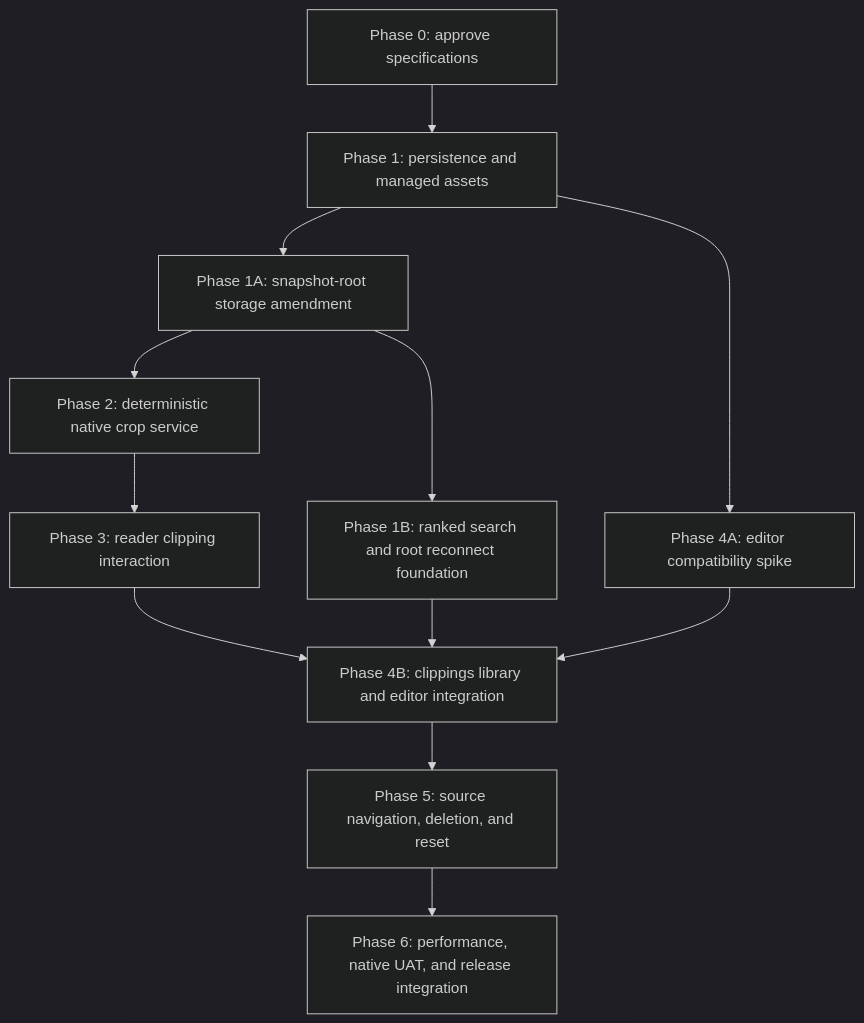
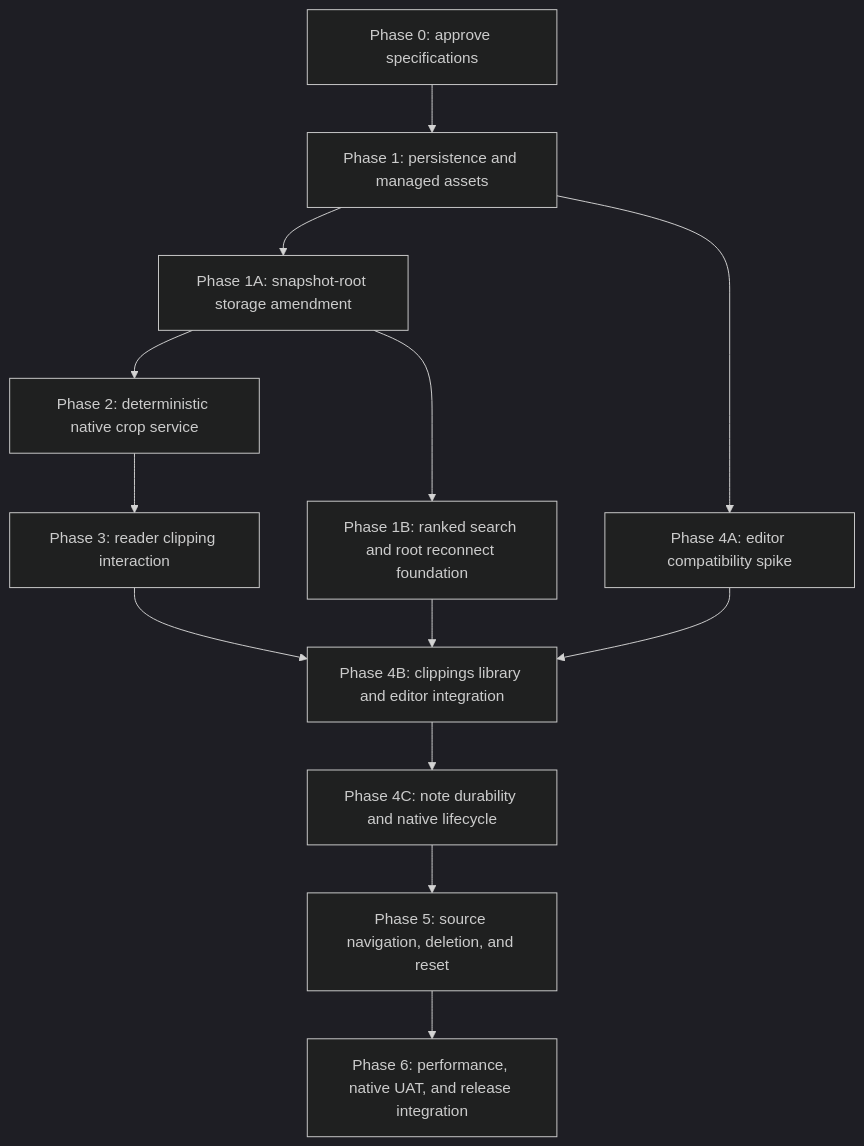
Before and after one commit to Howard-Starfield/LinkVault-Linkedin-Learning-Courses-Downloader: the diagram in docs/specs/newspaper-clippings-v1/README.md, drawn with Mermaid (dark theme). The commit also changed other lines of this file and 10 other files, not shown here.

Commit message:
docs(newspaper): approve Phase 4C note durability

````diff
--- a/docs/specs/newspaper-clippings-v1/README.md
+++ b/docs/specs/newspaper-clippings-v1/README.md
@@ -196,14 +205,15 @@
 ```mermaid
 flowchart TD
     P0["Phase 0: approve specifications"] --> P1["Phase 1: persistence and managed assets"]
     P1 --> P1A["Phase 1A: snapshot-root storage amendment"]
     P1A --> P1B["Phase 1B: ranked search and root reconnect foundation"]
     P1A --> P2["Phase 2: deterministic native crop service"]
     P2 --> P3["Phase 3: reader clipping interaction"]
     P1 --> P4A["Phase 4A: editor compatibility spike"]
     P3 --> P4B["Phase 4B: clippings library and editor integration"]
     P1B --> P4B
     P4A --> P4B
-    P4B --> P5["Phase 5: source navigation, deletion, and reset"]
+    P4B --> P4C["Phase 4C: note durability and native lifecycle"]
+    P4C --> P5["Phase 5: source navigation, deletion, and reset"]
     P5 --> P6["Phase 6: performance, native UAT, and release integration"]
 ```
````
